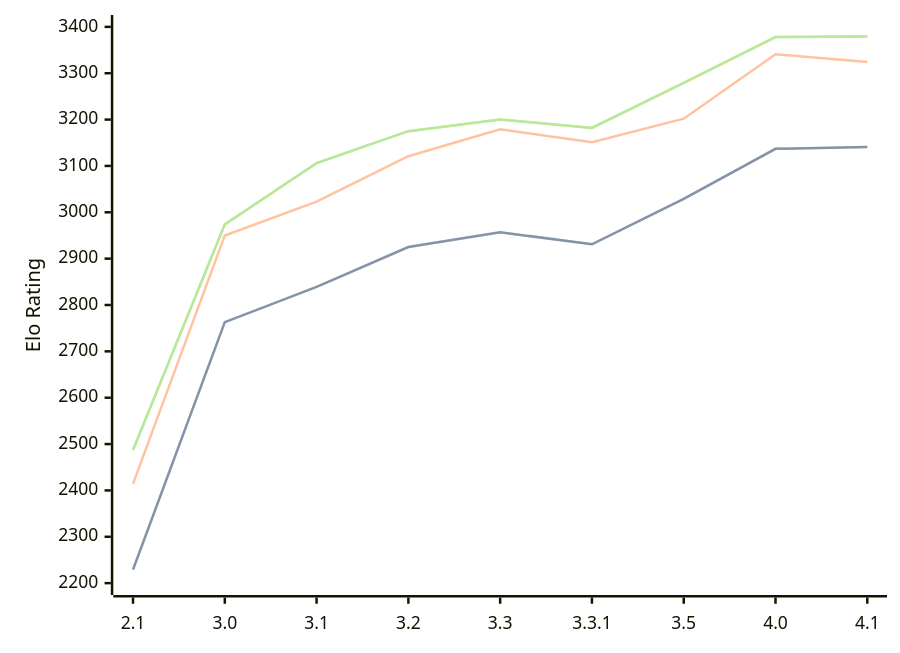
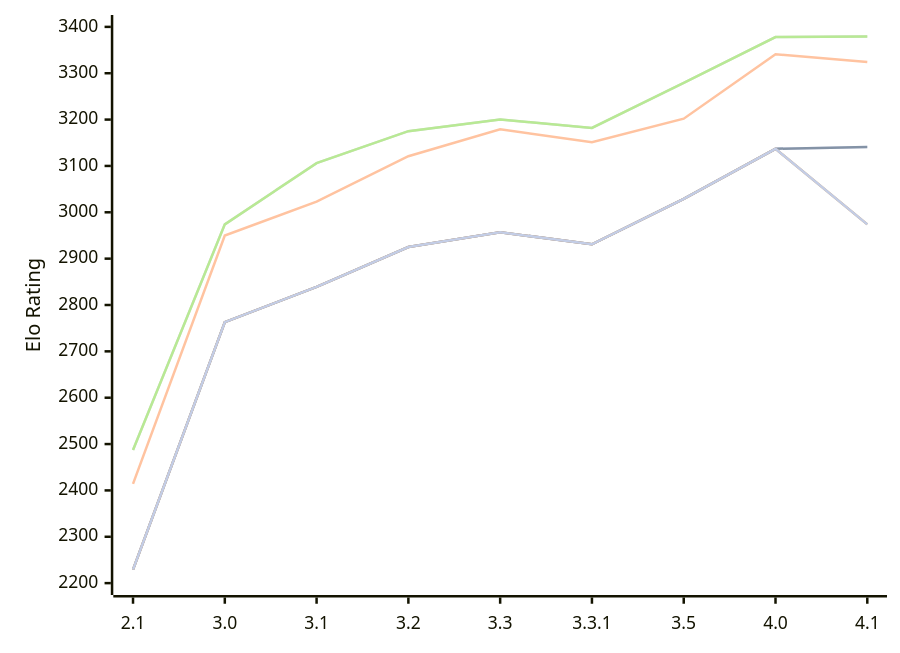
One commit to computer-chess-index/cci changed the diagram in engines/Petrel.md. Above: the diagram before and after it, drawn with Mermaid. The commit also changed other lines of this file, not shown here.

Commit message:
Update CCI Ratings (ELO VLTC) - 2026-10-11

````diff
--- a/engines/Petrel.md
+++ b/engines/Petrel.md
@@ -55,16 +55,13 @@
 ```mermaid
 %%{init: {"theme":"base","themeVariables":{"seriesColors:['#a3a3a3','#222221','#faa371']}}}%%
 xychart-beta
   x-axis ["2.1", "3.0", "3.1", "3.2", "3.3", "3.3.1", "3.5", "4.0", "4.1"]
   y-axis "Elo Rating" 2200 --> 3400
   line "" [2229, 2763, 2839, 2925, 2957, 2931, 3029, 3137, 3141]
   line "T1: STC (8.0+0.08s)" [2229, 2763, 2839, 2925, 2957, 2931, 3029, 3137, 3141]
   line "T1: LTC (60.0+0.60s)" [2414, 2950, 3023, 3121, 3179, 3151, 3202, 3341, 3324]
   line "" [2487, 2974, 3106, 3175, 3200, 3182, 3279, 3378, 3379]
   line "T1: VLTC (2m24s+1.12s)" [2487, 2974, 3106, 3175, 3200, 3182, 3279, 3378, 3379]
-  line "" [2965]
-  line "E1: STC (8.0+0.08s)" [2965]
-  line "E1: LTC (60.0+0.60s)" [3233]
-  line "" [3329]
-  line "E1: VLTC (2m24s+1.12s)" [3329]
+  line "" [2229, 2763, 2839, 2925, 2957, 2931, 3029, 3137,2974]
+  line "E1: STC (8.0+0.08s)" [2229, 2763, 2839, 2925, 2957, 2931, 3029, 3137,2974]
 ```
````
